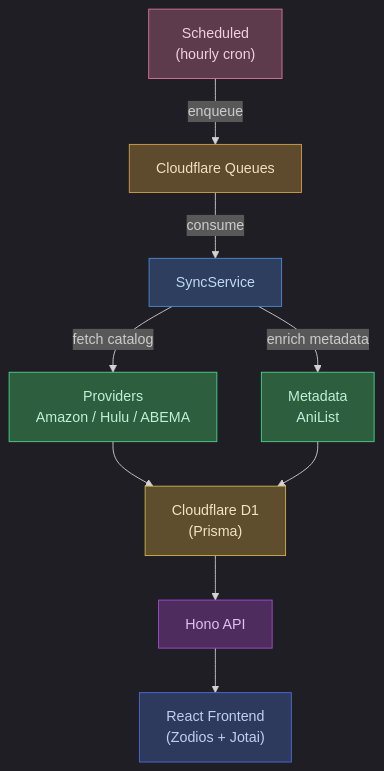
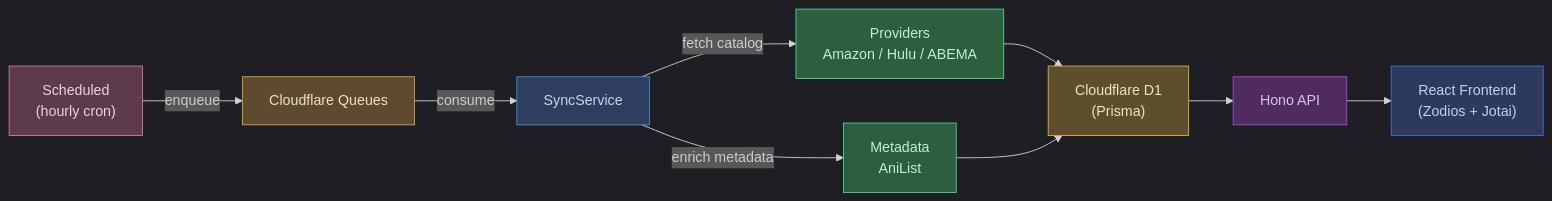
The first of 5 diagrams in README.md (tkgstrator/anime-tracker), drawn with Mermaid before and after one commit. The commit also changed other lines of this file, not shown here.

First line of the commit message:
docs(readme): make architecture diagram horizontal and add scheduled jobs table

````diff
--- a/README.md
+++ b/README.md
@@ -86,24 +86,24 @@
 ```mermaid
 %%{init: {'theme': 'dark'}}%%
-graph TD
+graph LR
     Cron["Scheduled<br/>(hourly cron)"] -->|enqueue| Queue["Cloudflare Queues"]
     Queue -->|consume| Sync["SyncService"]
 
     Sync -->|fetch catalog| Providers["Providers<br/>Amazon / Hulu / ABEMA"]
     Sync -->|enrich metadata| Metadata["Metadata<br/>AniList"]
 
     Providers --> DB["Cloudflare D1<br/>(Prisma)"]
     Metadata --> DB
 
     DB --> API["Hono API"]
     API --> Frontend["React Frontend<br/>(Zodios + Jotai)"]
 
     style Cron fill:#5e3a4d,stroke:#d4789c,color:#f0d0e0
     style Queue fill:#5e4a2d,stroke:#d4a04c,color:#f0e0c0
     style Sync fill:#2d3e5e,stroke:#4c8cd4,color:#c0d8f0
     style Providers fill:#2d5e3e,stroke:#4cd48c,color:#c0f0d8
     style Metadata fill:#2d5e3e,stroke:#4cd48c,color:#c0f0d8
     style DB fill:#5e4e2d,stroke:#d4b44c,color:#f0e4c0
     style API fill:#4e2d5e,stroke:#a44cd4,color:#e0c0f0
     style Frontend fill:#2d3a5e,stroke:#4c6cd4,color:#c0d0f0
 ```
````
